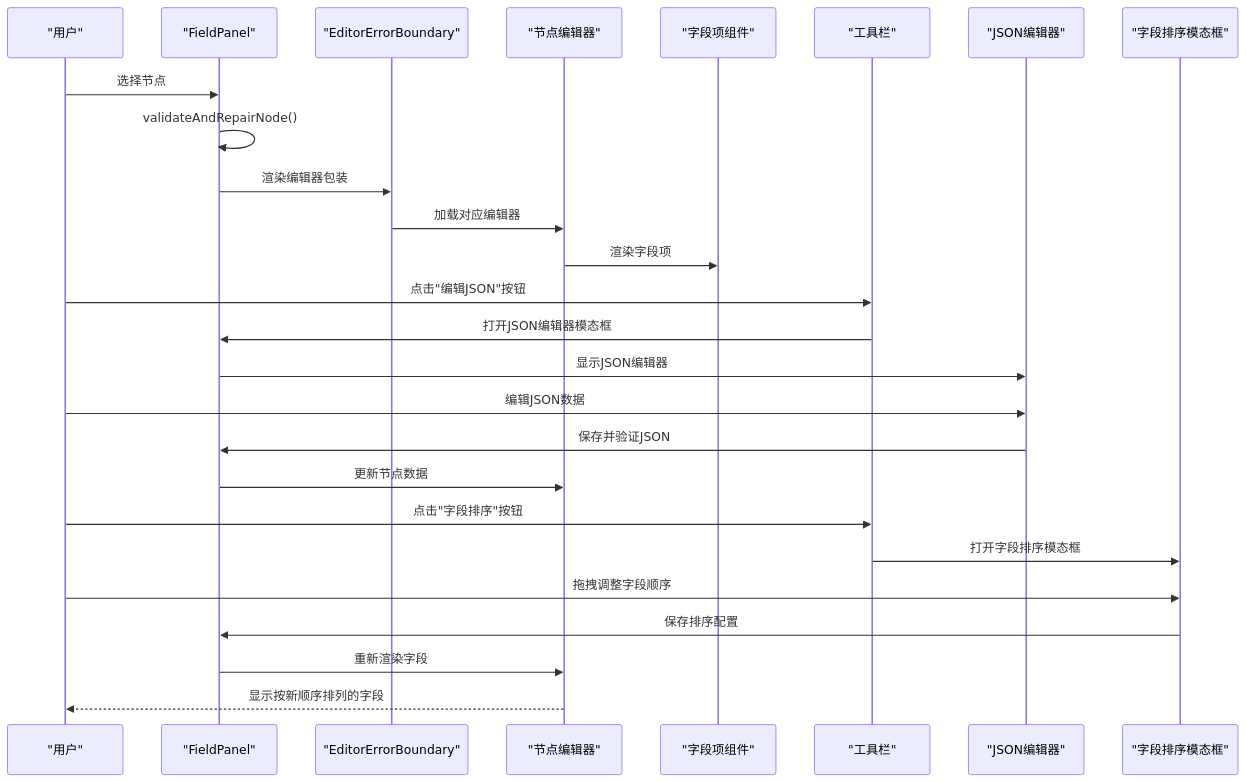
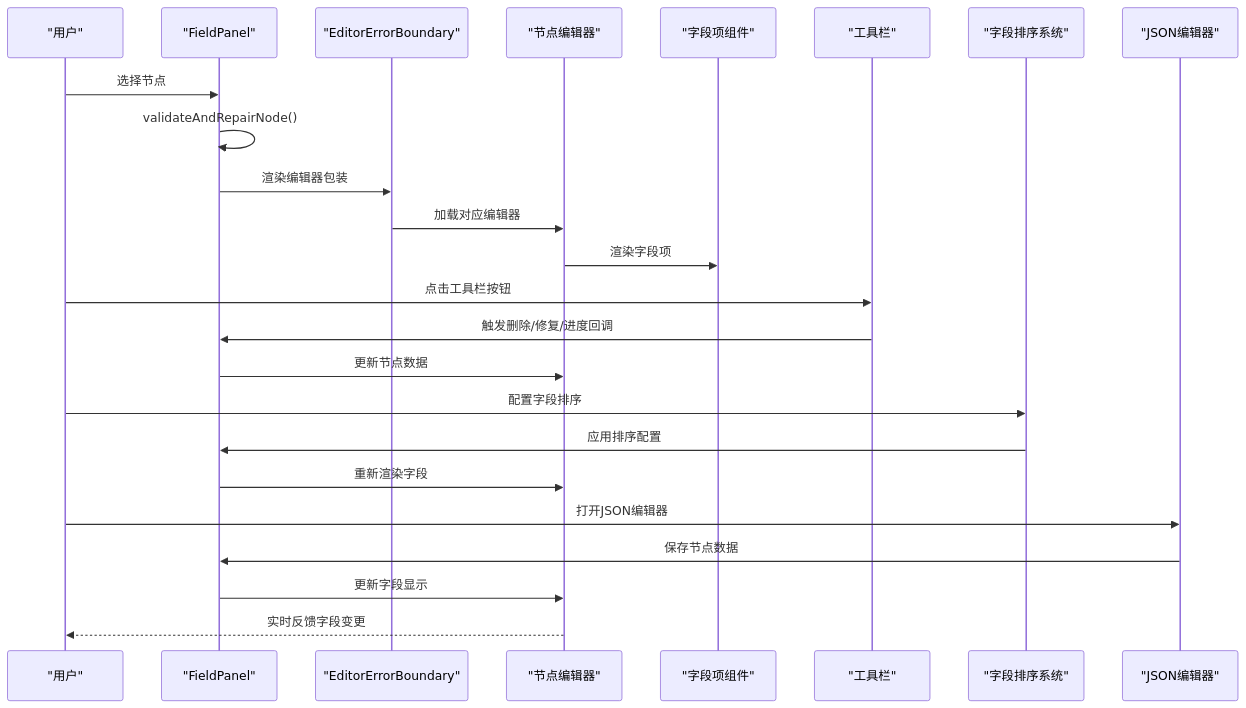
The second of 7 diagrams in .qoder/repowiki/zh/content/用户界面/面板系统/字段面板.md (kqcoxn/MaaPipelineEditor), drawn with Mermaid before and after one commit. The commit also changed other lines of this file and 50 other files, not shown here.

````diff
--- a/.qoder/repowiki/zh/content/用户界面/面板系统/字段面板.md
+++ b/.qoder/repowiki/zh/content/用户界面/面板系统/字段面板.md
@@ -166,28 +162,26 @@
 ```mermaid
 sequenceDiagram
 participant U as "用户"
 participant FP as "FieldPanel"
 participant ED as "EditorErrorBoundary"
 participant E as "节点编辑器"
 participant F as "字段项组件"
 participant T as "工具栏"
-participant J as "JSON编辑器"
-participant FS as "字段排序模态框"
+participant FS as "字段排序系统"
+participant NJ as "JSON编辑器"
 U->>FP : 选择节点
 FP->>FP : validateAndRepairNode()
 FP->>ED : 渲染编辑器包装
 ED->>E : 加载对应编辑器
 E->>F : 渲染字段项
-U->>T : 点击"编辑JSON"按钮
-T->>FP : 打开JSON编辑器模态框
-FP->>J : 显示JSON编辑器
-U->>J : 编辑JSON数据
-J->>FP : 保存并验证JSON
+U->>T : 点击工具栏按钮
+T->>FP : 触发删除/修复/进度回调
 FP->>E : 更新节点数据
-U->>T : 点击"字段排序"按钮
-T->>FS : 打开字段排序模态框
-U->>FS : 拖拽调整字段顺序
-FS->>FP : 保存排序配置
+U->>FS : 配置字段排序
+FS->>FP : 应用排序配置
 FP->>E : 重新渲染字段
-E-->>U : 显示按新顺序排列的字段
+U->>NJ : 打开JSON编辑器
+NJ->>FP : 保存节点数据
+FP->>E : 更新字段显示
+E-->>U : 实时反馈字段变更
 ```
````
